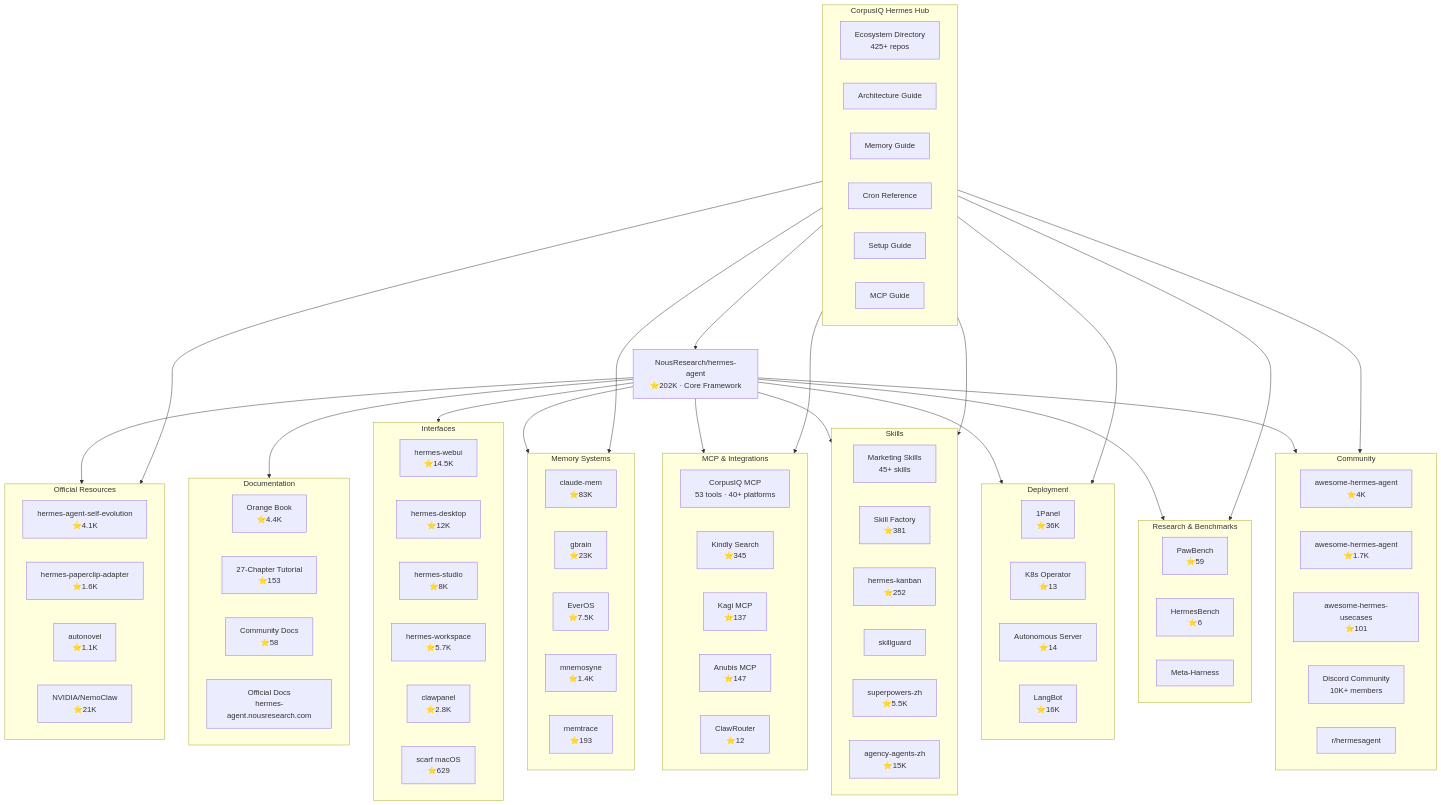
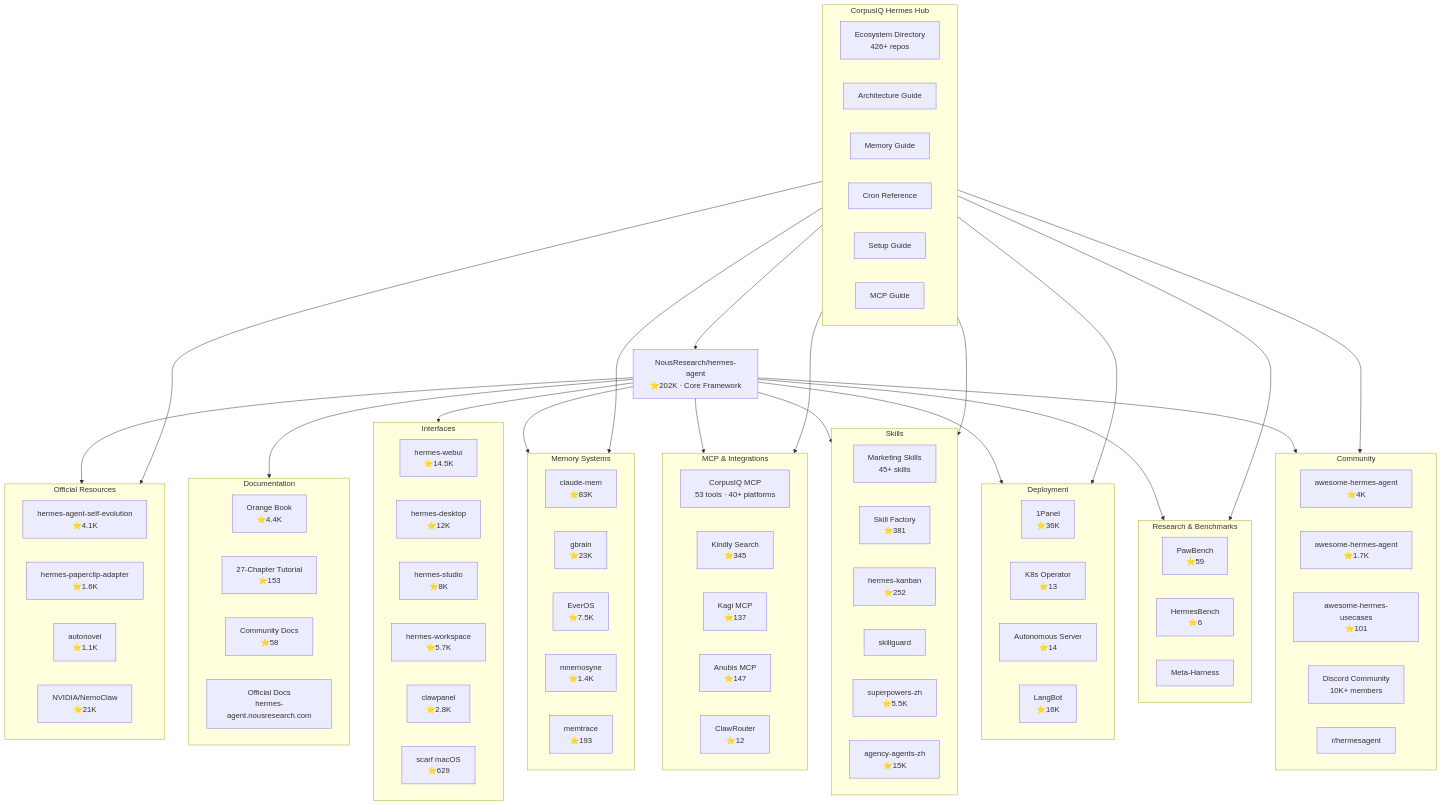
The first of 4 diagrams in hermes/ecosystem-map.md (CorpusIQ/corpusiq-docs), drawn with Mermaid before and after one commit. The commit also changed other lines of this file and 5 other files, not shown here.

Commit message:
docs(ecosystem): reconcile stale count stamps to the directory (426 repos, 191 auto-approved, 2678 submissions)

```diff
--- a/hermes/ecosystem-map.md
+++ b/hermes/ecosystem-map.md
@@ -88,7 +88,7 @@
     end
 
     subgraph CORPUSIQ_HUB[CorpusIQ Hermes Hub]
-        ECOSYSTEM[Ecosystem Directory<br/>425+ repos]
+        ECOSYSTEM[Ecosystem Directory<br/>426+ repos]
         ARCHITECTURE[Architecture Guide]
         KNOWLEDGE[Memory Guide]
         CRONS[Cron Reference]
```
